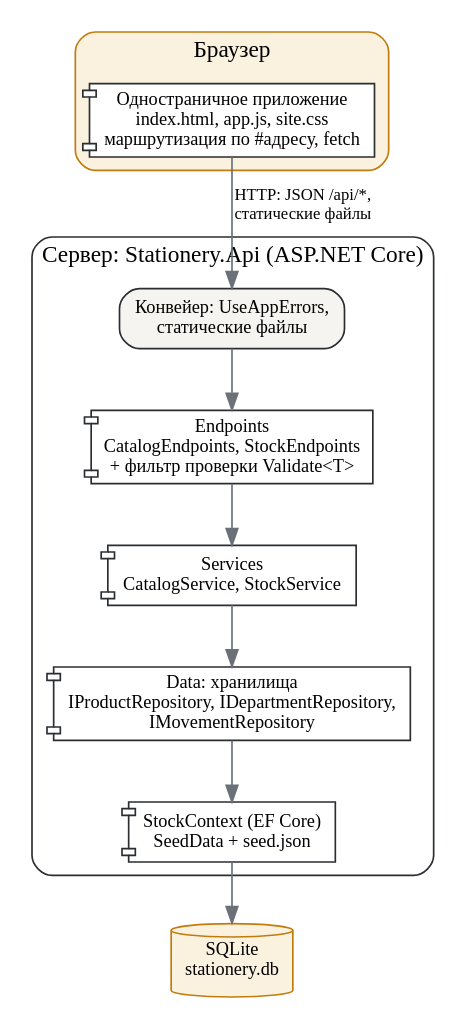
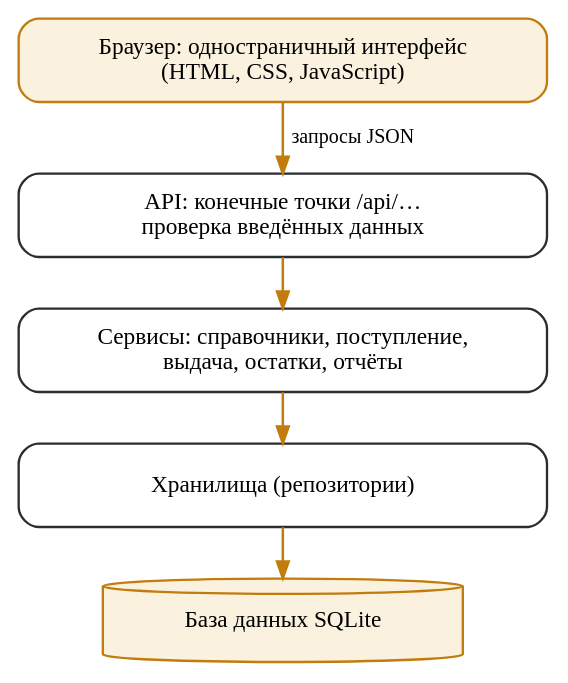
The diagram in docs/report/diagrams/components.dot (Black287234/KP-Vla), drawn with Graphviz before and after one commit. The commit also changed 9 other files, not shown here.

First line of the commit message:
Упрощены схемы, легенда к выделенному правилу, последний слайд — только «Спасибо за внимание»

```diff
--- a/docs/report/diagrams/components.dot
+++ b/docs/report/diagrams/components.dot
@@ -1,17 +1,11 @@
 digraph G {
-  graph [rankdir=TB, fontname="Liberation Serif", bgcolor=white, nodesep=0.4, ranksep=0.5];
-  node [shape=component, style=filled, fillcolor="#ffffff", color="#2b2d31", fontname="Liberation Serif", fontsize=11];
-  edge [fontname="Liberation Serif", fontsize=10, color="#6b7079"];
-  subgraph cluster_b { label="Браузер"; style="rounded,filled"; fillcolor="#fbf1df"; color="#c27c0e"; fontname="Liberation Serif";
-    spa [label="Одностраничное приложение\nindex.html, app.js, site.css\nмаршрутизация по #адресу, fetch"]; }
-  subgraph cluster_s { label="Сервер: Stationery.Api (ASP.NET Core)"; style="rounded"; color="#2b2d31"; fontname="Liberation Serif";
-    mw [label="Конвейер: UseAppErrors,\nстатические файлы", shape=box, style="rounded,filled", fillcolor="#f6f4f0"];
-    ep [label="Endpoints\nCatalogEndpoints, StockEndpoints\n+ фильтр проверки Validate<T>"];
-    sv [label="Services\nCatalogService, StockService"];
-    rp [label="Data: хранилища\nIProductRepository, IDepartmentRepository,\nIMovementRepository"];
-    ctx [label="StockContext (EF Core)\nSeedData + seed.json"];
-  }
-  db [label="SQLite\nstationery.db", shape=cylinder, fillcolor="#fbf1df", color="#c27c0e"];
-  spa -> mw [label=" HTTP: JSON /api/*,\n статические файлы"];
-  mw -> ep -> sv -> rp -> ctx -> db;
+  graph [rankdir=TB, fontname="Liberation Serif", bgcolor=white, nodesep=0.5, ranksep=0.4];
+  node [shape=box, style="rounded,filled", fillcolor=white, color="#2b2d31", penwidth=1.4, fontname="Liberation Serif", fontsize=14, width=4.4, height=0.7];
+  edge [color="#c27c0e", penwidth=1.5, fontname="Liberation Serif", fontsize=12];
+  ui [label="Браузер: одностраничный интерфейс\n(HTML, CSS, JavaScript)", fillcolor="#fbf1df", color="#c27c0e"];
+  api [label="API: конечные точки /api/…\nпроверка введённых данных"];
+  sv [label="Сервисы: справочники, поступление,\nвыдача, остатки, отчёты"];
+  rp [label="Хранилища (репозитории)"];
+  db [label="База данных SQLite", shape=cylinder, fillcolor="#fbf1df", color="#c27c0e", width=3];
+  ui -> api [label="  запросы JSON"]; api -> sv -> rp -> db;
 }
```
